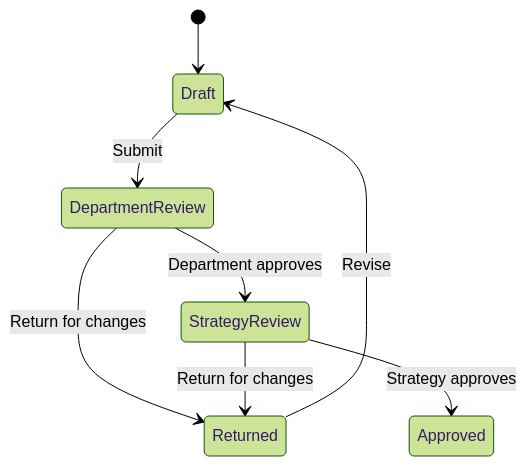
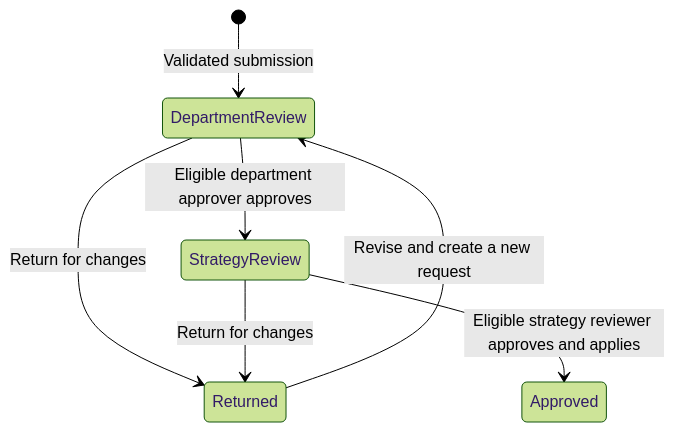
One commit to Ojashwas/itqaniqpro2 changed the second of 3 diagrams in docs/WORKFLOWS.md. Above: the diagram before and after it, drawn with Mermaid (forest theme). The commit also changed other lines of this file and 10 other files, not shown here.

````diff
--- a/docs/WORKFLOWS.md
+++ b/docs/WORKFLOWS.md
@@ -42,10 +45,9 @@
 ```mermaid
 stateDiagram-v2
-    [*] --> Draft
-    Draft --> DepartmentReview: Submit
-    DepartmentReview --> StrategyReview: Department approves
+    [*] --> DepartmentReview: Validated submission
+    DepartmentReview --> StrategyReview: Eligible department approver approves
     DepartmentReview --> Returned: Return for changes
     StrategyReview --> Returned: Return for changes
-    Returned --> Draft: Revise
-    StrategyReview --> Approved: Strategy approves
+    StrategyReview --> Approved: Eligible strategy reviewer approves and applies
+    Returned --> DepartmentReview: Revise and create a new request
 ```
````
